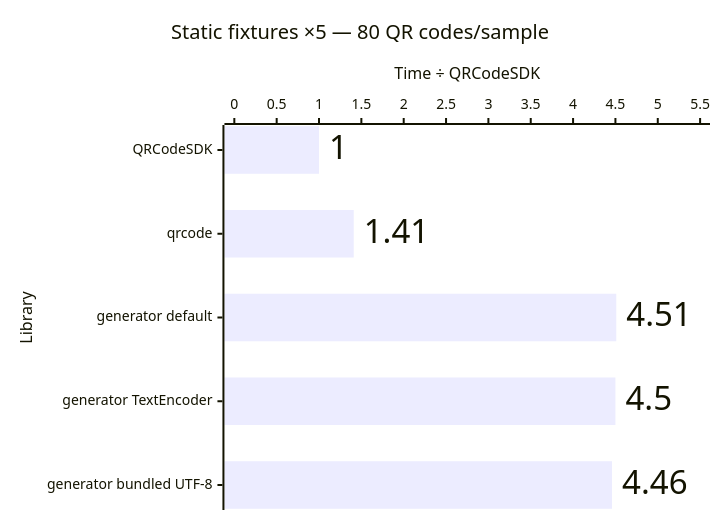
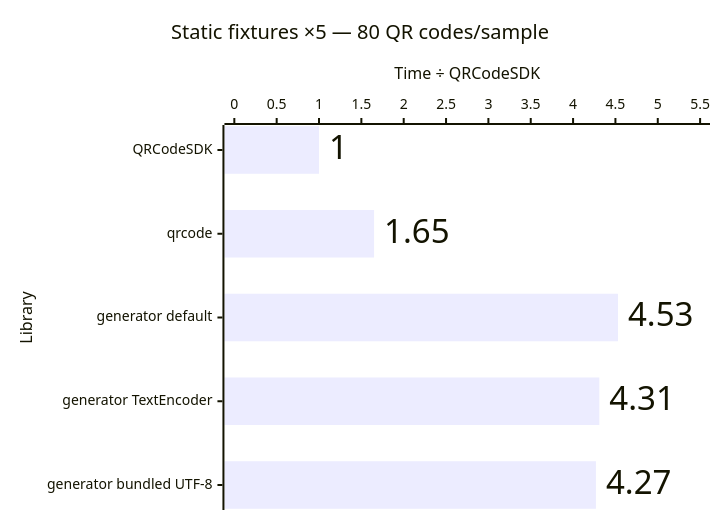
The second of 12 diagrams in apps/docs/src/content/docs/guides/performance.md (Dafnik/qrcodesdk), drawn with Mermaid before and after one commit. The commit also changed other lines of this file, not shown here.

````diff
--- a/apps/docs/src/content/docs/guides/performance.md
+++ b/apps/docs/src/content/docs/guides/performance.md
@@ -41,15 +41,15 @@
 ```mermaid
 ---
 config:
   xyChart:
     showDataLabel: true
     showDataLabelOutsideBar: true
 ---
 xychart horizontal
   accTitle: Matrix generation: Static fixtures ×5 — 80 QR codes/sample
-  accDescr: Relative median time compared with QRCodeSDK. QRCodeSDK 1.00 times, qrcode 1.41 times, generator default 4.51 times, generator TextEncoder 4.50 times, generator bundled UTF-8 4.46 times. Lower is better.
+  accDescr: Relative median time compared with QRCodeSDK. QRCodeSDK 1.00 times, qrcode 1.65 times, generator default 4.53 times, generator TextEncoder 4.31 times, generator bundled UTF-8 4.27 times. Lower is better.
   title "Static fixtures ×5 — 80 QR codes/sample"
   x-axis "Library" ["QRCodeSDK", "qrcode", "generator default", "generator TextEncoder", "generator bundled UTF-8"]
   y-axis "Time ÷ QRCodeSDK" 0 --> 5.5
-  bar [1.00, 1.41, 4.51, 4.50, 4.46]
+  bar [1.00, 1.65, 4.53, 4.31, 4.27]
 ```
````
